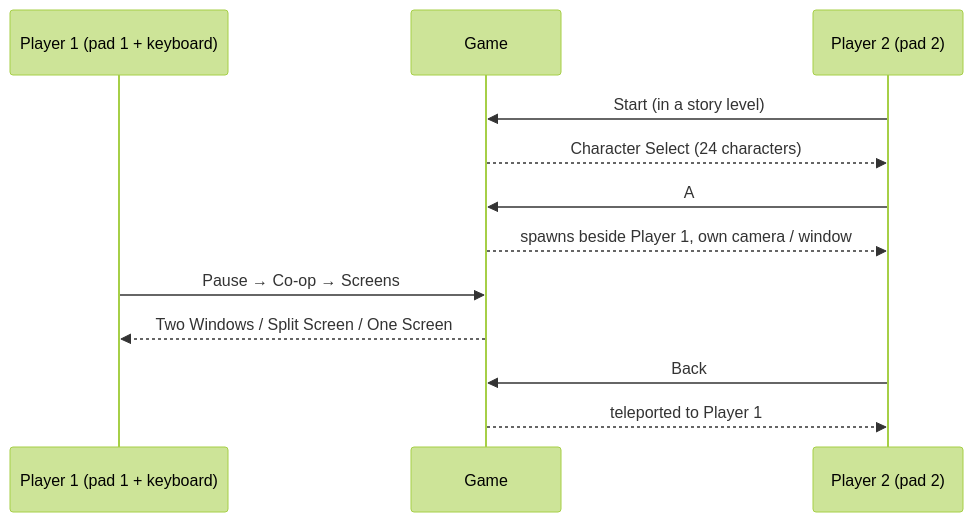
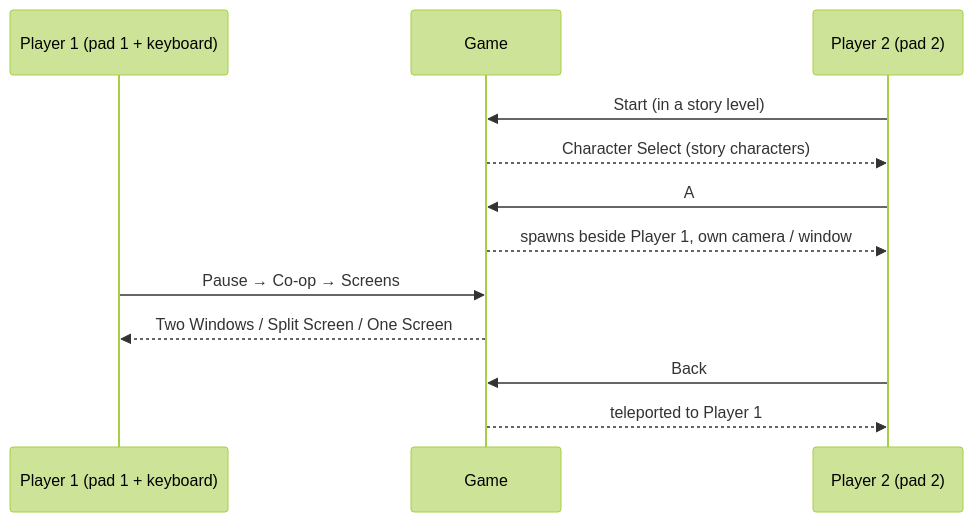
One commit to KaikoClanworth1/buffy-chaos-bleeds-pc changed the second of 2 diagrams in README.md. Above: the diagram before and after it, drawn with Mermaid (forest theme). The commit also changed other lines of this file and 46 other files, not shown here.

````diff
--- a/README.md
+++ b/README.md
@@ -276,14 +313,14 @@
 ```mermaid
 sequenceDiagram
     participant P1 as Player 1 (pad 1 + keyboard)
     participant G as Game
     participant P2 as Player 2 (pad 2)
     P2->>G: Start (in a story level)
-    G-->>P2: Character Select (24 characters)
+    G-->>P2: Character Select (story characters)
     P2->>G: A
     G-->>P2: spawns beside Player 1, own camera / window
     P1->>G: Pause → Co-op → Screens
     G-->>P1: Two Windows / Split Screen / One Screen
     P2->>G: Back
     G-->>P2: teleported to Player 1
 ```
````
